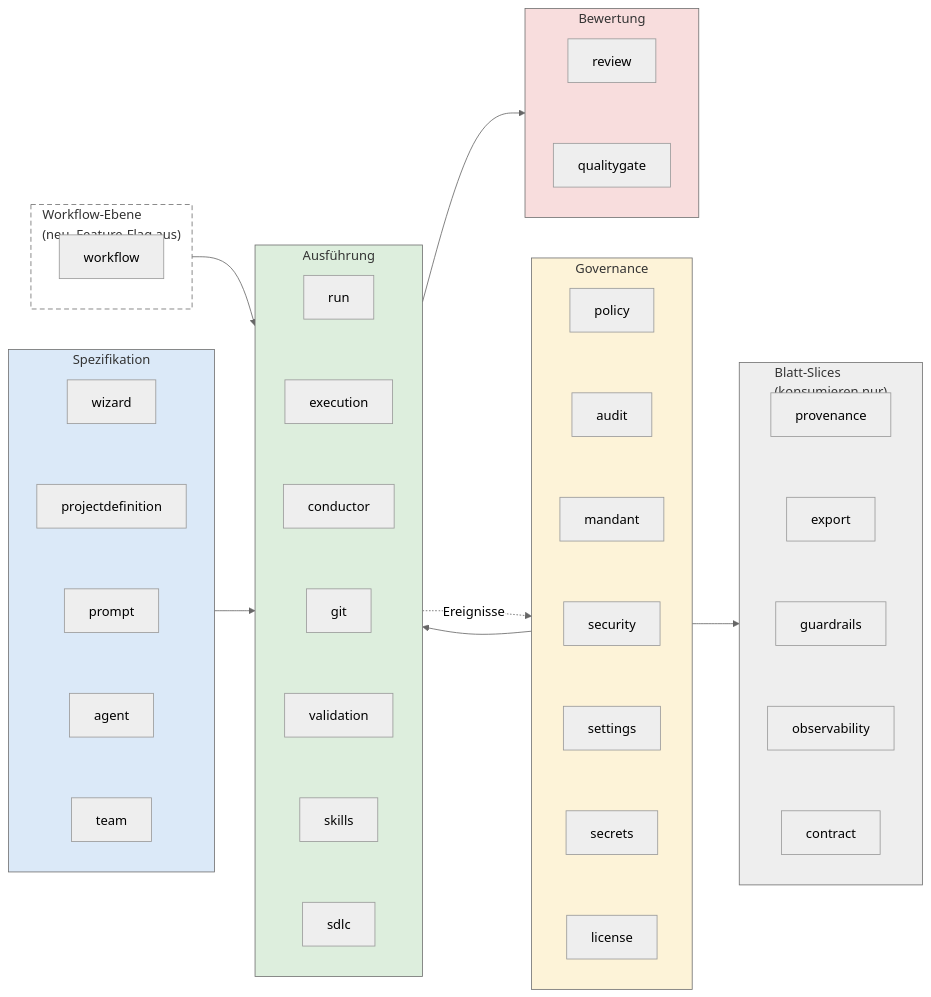
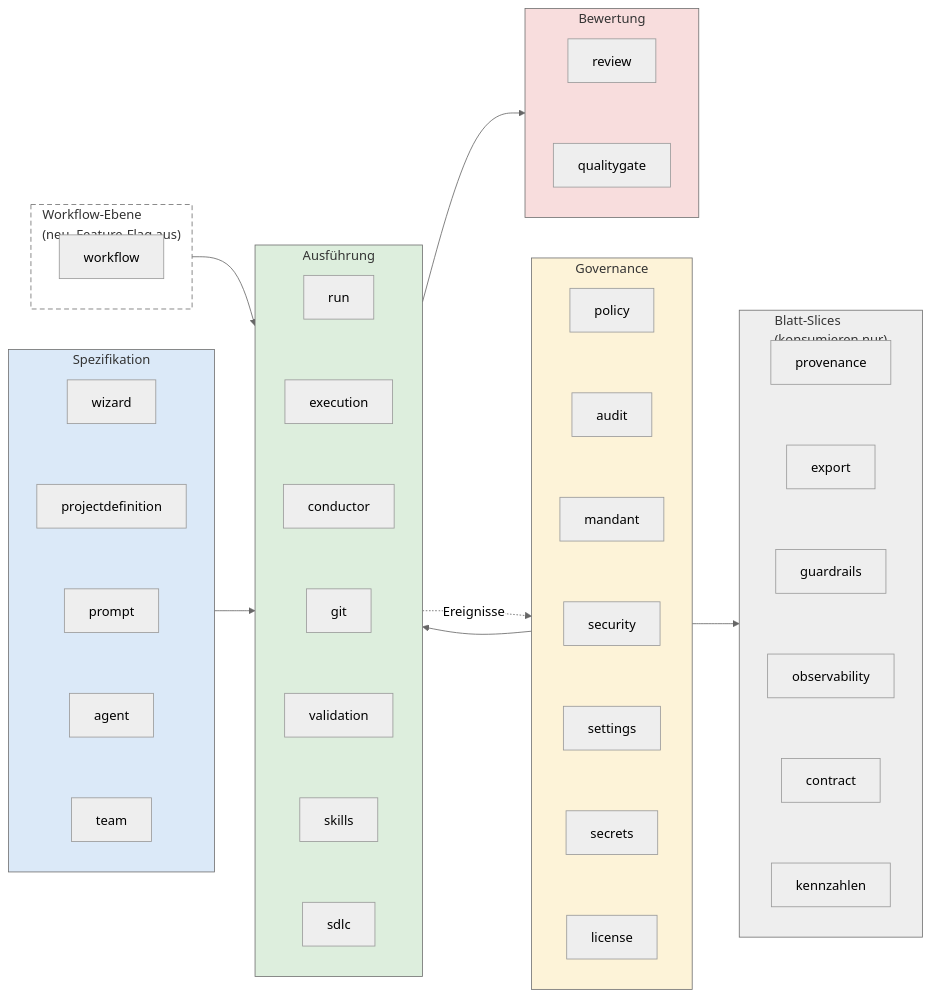
Before and after one commit to mjanda0815/agentic-publikation: the diagram in abbildungen/abb23.mmd, drawn with Mermaid (neutral theme). The commit also changed 49 other files, not shown here.

```diff
--- a/abbildungen/abb23.mmd
+++ b/abbildungen/abb23.mmd
@@ -1,37 +1,37 @@
 flowchart LR
     subgraph SPEC["Spezifikation"]
         direction TB
         WIZ["wizard"] ~~~ PD["projectdefinition"] ~~~ PR["prompt"] ~~~ AG["agent"] ~~~ TE["team"]
     end
     subgraph GOV["Governance"]
         direction TB
         POL["policy"] ~~~ AUD["audit"] ~~~ MAN["mandant"] ~~~ SECU["security"] ~~~ SET["settings"] ~~~ SECR["secrets"] ~~~ LIC["license"]
     end
     subgraph EXEC["Ausführung"]
         direction TB
         RUN["run"] ~~~ EX["execution"] ~~~ CON["conductor"] ~~~ GT["git"] ~~~ VAL["validation"] ~~~ SK["skills"] ~~~ SD["sdlc"]
     end
     subgraph QUAL["Bewertung"]
         direction TB
         REV["review"] ~~~ QG["qualitygate"]
     end
     subgraph LEAF["Blatt-Slices<br/>(konsumieren nur)"]
         direction TB
-        PROV["provenance"] ~~~ EXP["export"] ~~~ GR["guardrails"] ~~~ OBS["observability"] ~~~ CTR["contract"]
+        PROV["provenance"] ~~~ EXP["export"] ~~~ GR["guardrails"] ~~~ OBS["observability"] ~~~ CTR["contract"] ~~~ KZ["kennzahlen"]
     end
     subgraph WFL["Workflow-Ebene<br/>(neu, Feature-Flag aus)"]
         direction TB
         WF["workflow"]
     end
     WFL --> EXEC
     SPEC --> EXEC
     GOV --> EXEC
     EXEC --> QUAL
     EXEC -. "Ereignisse" .-> GOV
     GOV --> LEAF
     style SPEC fill:#dbe9f8
     style EXEC fill:#ddeedd
     style QUAL fill:#f8dddd
     style GOV fill:#fdf3d8
     style LEAF fill:#eeeeee
     style WFL fill:#ffffff,stroke-dasharray: 6 4
```
